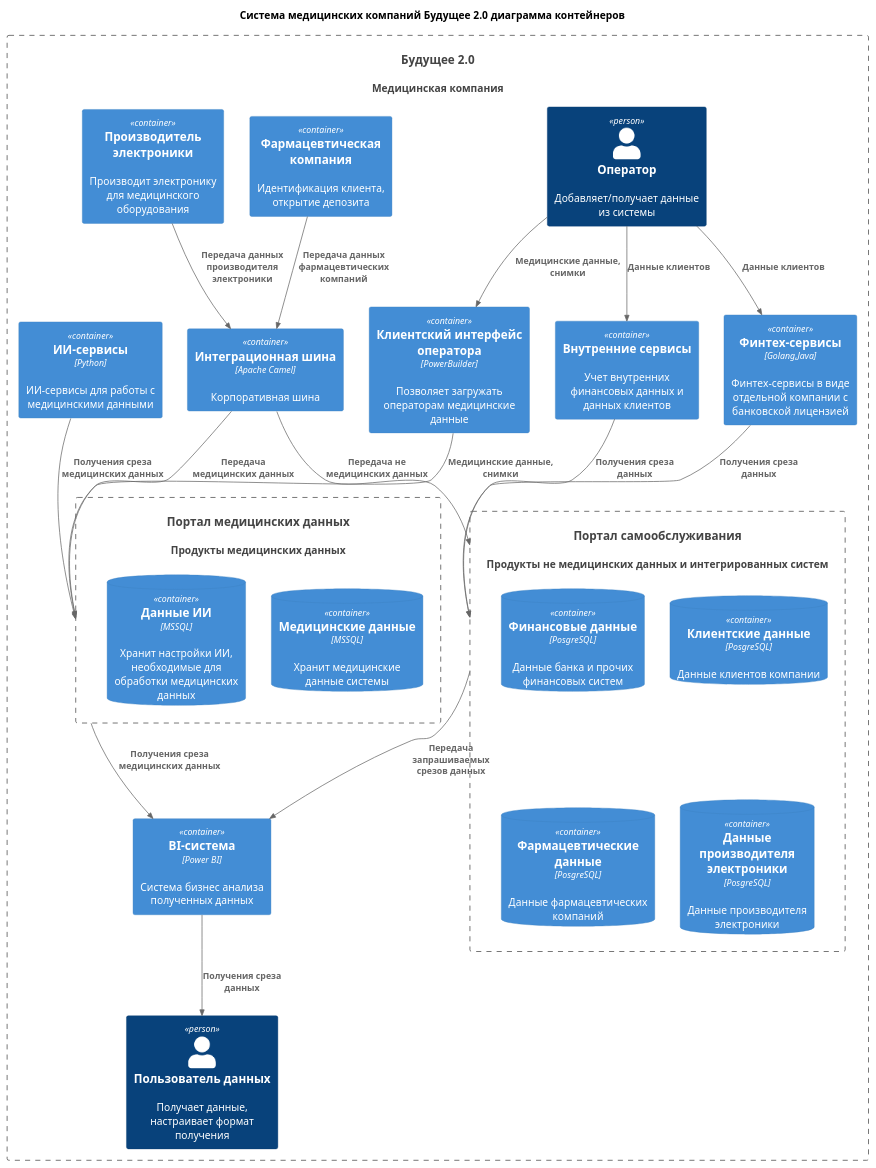
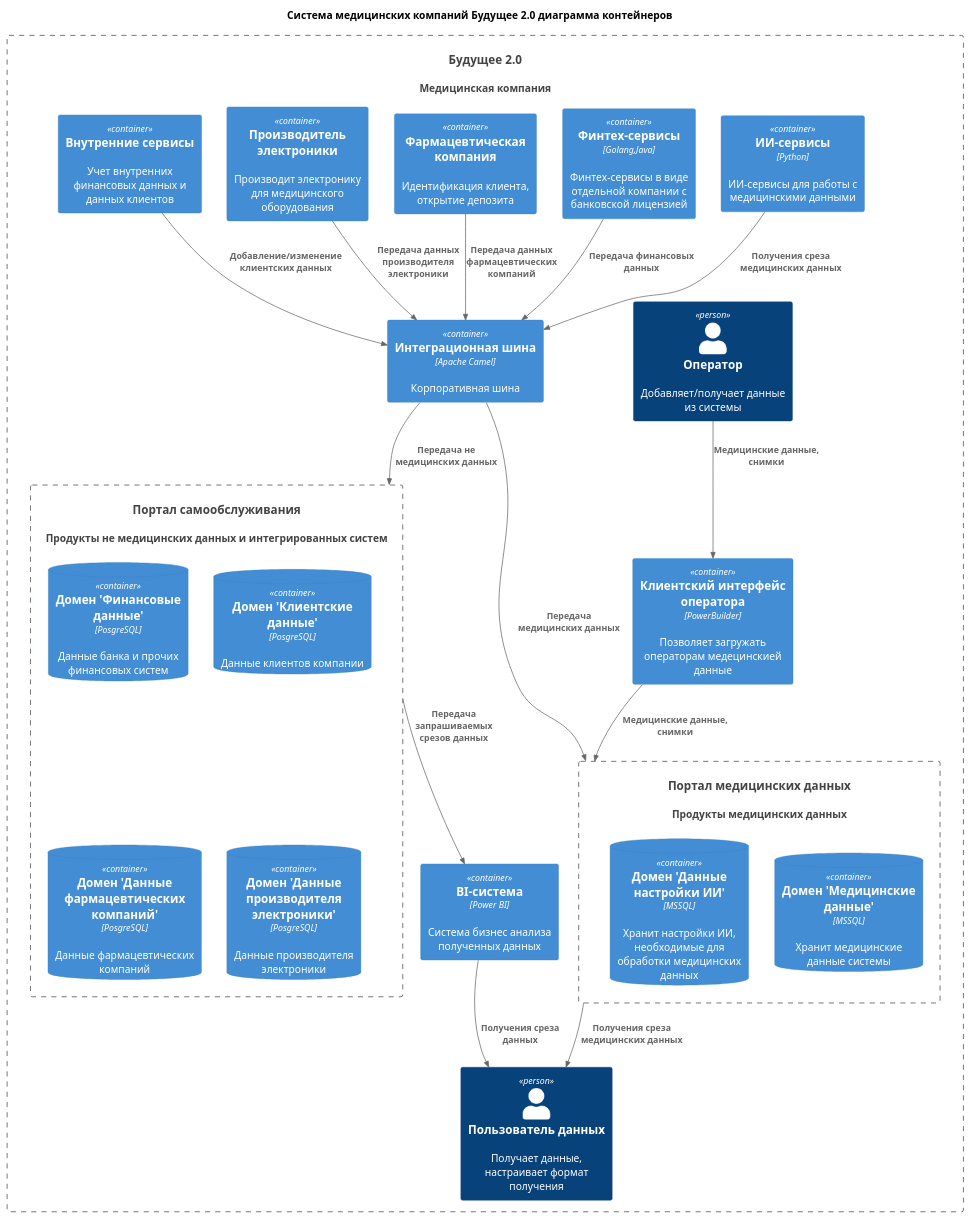
The diagram in Task1/Container_after_year.puml (Rootman78/architecture-future_2_0), drawn with PlantUML before and after one commit. The commit also changed 7 other files, not shown here.

```diff
--- a/Task1/Container_after_year.puml
+++ b/Task1/Container_after_year.puml
@@ -1,62 +1,60 @@
 @startuml
 title Система медицинских компаний Будущее 2.0 диаграмма контейнеров
 
 top to bottom direction
 
 !includeurl https://raw.githubusercontent.com/RicardoNiepel/C4-PlantUML/master/C4_Component.puml
 
 
 
 System(FutureSystem, "Будущее 2.0", "Медицинская компания")
 
 
 Container_Boundary(FutureSystem, "Future System") {
   System(PortalSystem, "Портал самообслуживания", "Продукты не медицинских данных и интегрированных систем")
   System(MedSystem, "Портал медицинских данных", "Продукты медицинских данных")
   Person(Operator, "Оператор", "Добавляет/получает данные из системы")
   Person(User, "Пользователь данных", "Получает данные, настраивает формат получения")
-  Container(OperatorApp, "Клиентский интерфейс оператора", "PowerBuilder", "Позволяет загружать операторам медицинские данные")
+  Container(OperatorApp, "Клиентский интерфейс оператора", "PowerBuilder", "Позволяет загружать операторам медецинскией данные")
 
   Container(MQ, "Интеграционная шина", "Apache Camel", "Корпоративная шина")
   Container(BI , "BI-система", "Power BI", "Система бизнес анализа полученных данных")
   Container(AL, "ИИ-сервисы", "Python", "ИИ-сервисы для работы с медицинскими данными")
   Container(Fintex, "Финтех-сервисы", "Golang,Java", "Финтех-сервисы в виде отдельной компании с банковской лицензией")
   Container(Pharm, "Фармацевтическая компания", "", "Идентификация клиента, открытие депозита")
 
   Container(Electronic, "Производитель электроники", "", "Производит электронику для медицинского оборудования")
   Container(Internal, "Внутренние сервисы", "", "Учет внутренних финансовых данных и данных клиентов")
    Container_Boundary(MedSystem, "DataMesh") {
-   ContainerDb(MedDWH, "Медицинские данные", "MSSQL", "Хранит медицинские данные системы")
-   ContainerDb(ALDWH, "Данные ИИ", "MSSQL", "Хранит настройки ИИ, необходимые для обработки медицинских данных")
+   ContainerDb(MedDWH, "Домен 'Медицинские данные'", "MSSQL", "Хранит медицинские данные системы")
+   ContainerDb(ALDWH, "Домен 'Данные настройки ИИ'", "MSSQL", "Хранит настройки ИИ, необходимые для обработки медицинских данных")
    }
    Container_Boundary(PortalSystem, "DataMesh") {
-   ContainerDb(FinData, "Финансовые данные", "PosgreSQL", "Данные банка и прочих финансовых систем")
-   ContainerDb(ClientData, "Клиентские данные", "PosgreSQL", "Данные клиентов компании")
-   ContainerDb(PharmData, "Фармацевтические данные", "PosgreSQL", "Данные фармацевтических компаний")
-   ContainerDb(ElectronicData, "Данные производителя электроники", "PosgreSQL", "Данные производителя электроники")
+   ContainerDb(FinData, "Домен 'Финансовые данные'", "PosgreSQL", "Данные банка и прочих финансовых систем")
+   ContainerDb(ClientData, "Домен 'Клиентские данные'", "PosgreSQL", "Данные клиентов компании")
+   ContainerDb(PharmData, "Домен 'Данные фармацевтических компаний'", "PosgreSQL", "Данные фармацевтических компаний")
+   ContainerDb(ElectronicData, "Домен 'Данные производителя электроники'", "PosgreSQL", "Данные производителя электроники")
    }
 
 
 }
 
 
 Rel(Operator, OperatorApp, "Медицинские данные, снимки")
 Rel(OperatorApp, MedSystem, "Медицинские данные, снимки")
-Rel(Operator, Internal, "Данные клиентов")
-Rel(Operator, Fintex, "Данные клиентов")
 Rel(MQ,MedSystem, "Передача медицинских данных")
 Rel(Electronic, MQ, "Передача данных производителя электроники")
 Rel(Pharm, MQ, "Передача данных фармацевтических компаний")
 Rel(PortalSystem, BI, "Передача запрашиваемых срезов данных")
 Rel(MQ, PortalSystem, "Передача не медицинских данных")
-Rel(MedSystem, BI, "Получения среза медицинских данных")
-Rel(AL, MedSystem, "Получения среза медицинских данных")
+Rel(MedSystem, User, "Получения среза медицинских данных")
+Rel(AL, MQ, "Получения среза медицинских данных")
 Rel(BI,User , "Получения среза данных")
-Rel(Internal, PortalSystem , "Получения среза данных")
-Rel(Fintex, PortalSystem , "Получения среза данных")
+Rel(Internal, MQ , "Добавление/изменение клиентских данных")
+Rel(Fintex, MQ , "Передача финансовых данных")
 
 
 
 
 
 @enduml
```
